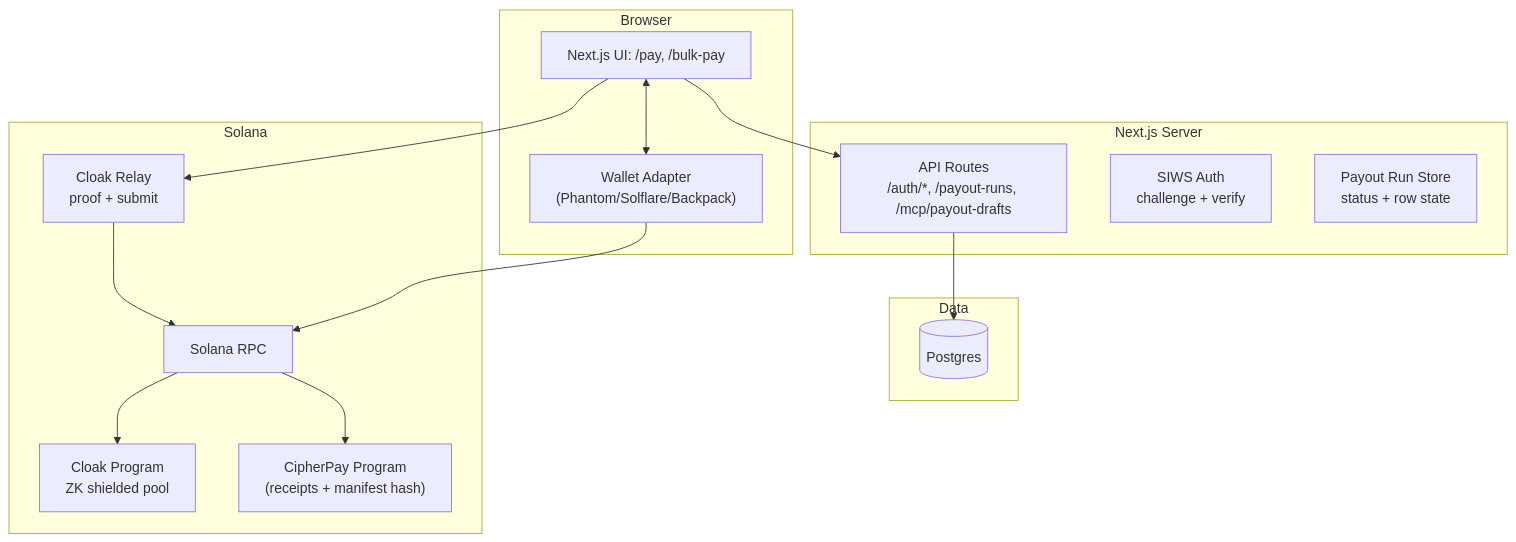
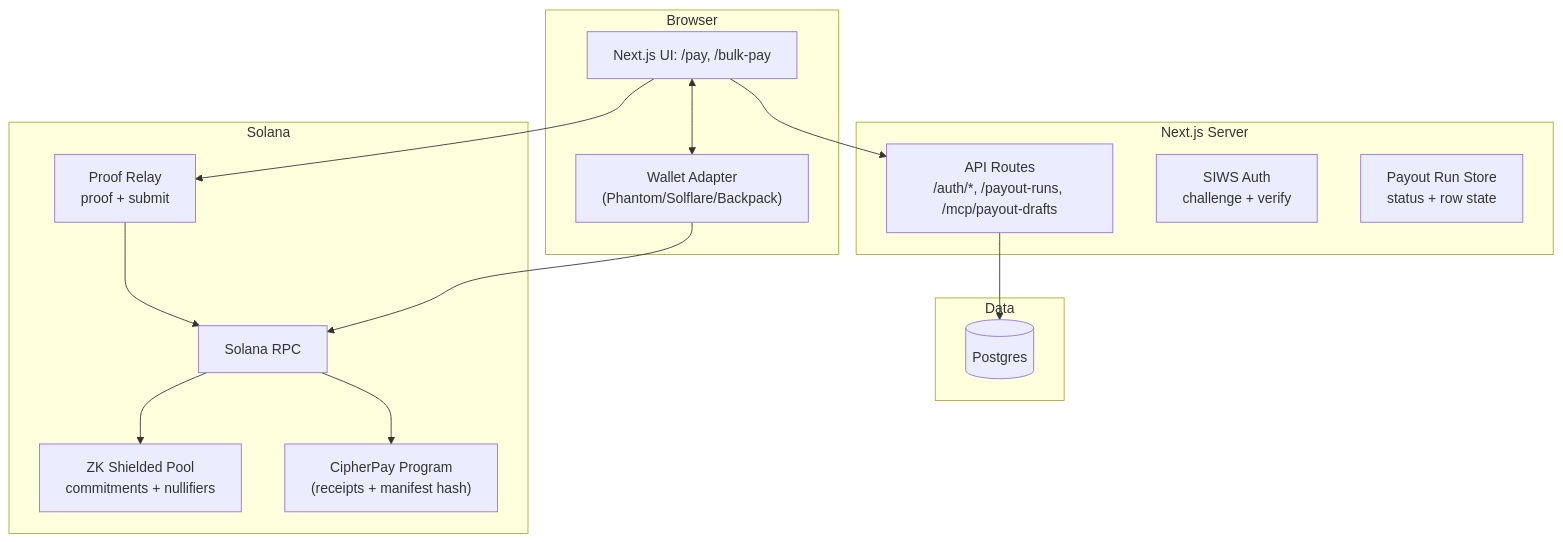
One commit to Some1Uknow/cipherpay changed the first of 4 diagrams in README.md. Above: the diagram before and after it, drawn with Mermaid. The commit also changed other lines of this file and 4 other files, not shown here.

Commit message:
chore: clarify shielded payout architecture

````diff
--- a/README.md
+++ b/README.md
@@ -25,33 +25,33 @@
 ```mermaid
 flowchart TB
   subgraph Browser[Browser]
     UI[Next.js UI: /pay, /bulk-pay]
     WALLET["Wallet Adapter<br/>(Phantom/Solflare/Backpack)"]
   end
 
   subgraph App[Next.js Server]
     API["API Routes<br/>/auth/*, /payout-runs, /mcp/payout-drafts"]
     AUTH["SIWS Auth<br/>challenge + verify"]
     RUNS["Payout Run Store<br/>status + row state"]
   end
 
   subgraph Data[Data]
     PG[(Postgres)]
   end
 
   subgraph Solana[Solana]
     RPC[Solana RPC]
-    CLOAK["Cloak Program<br/>ZK shielded pool"]
-    RELAY["Cloak Relay<br/>proof + submit"]
+    POOL["ZK Shielded Pool<br/>commitments + nullifiers"]
+    RELAY["Proof Relay<br/>proof + submit"]
     CP["CipherPay Program<br/>(receipts + manifest hash)"]
   end
 
   UI --> API
   API --> PG
   UI <--> WALLET
   WALLET --> RPC
   UI --> RELAY
   RELAY --> RPC
-  RPC --> CLOAK
+  RPC --> POOL
   RPC --> CP
 ```
````
